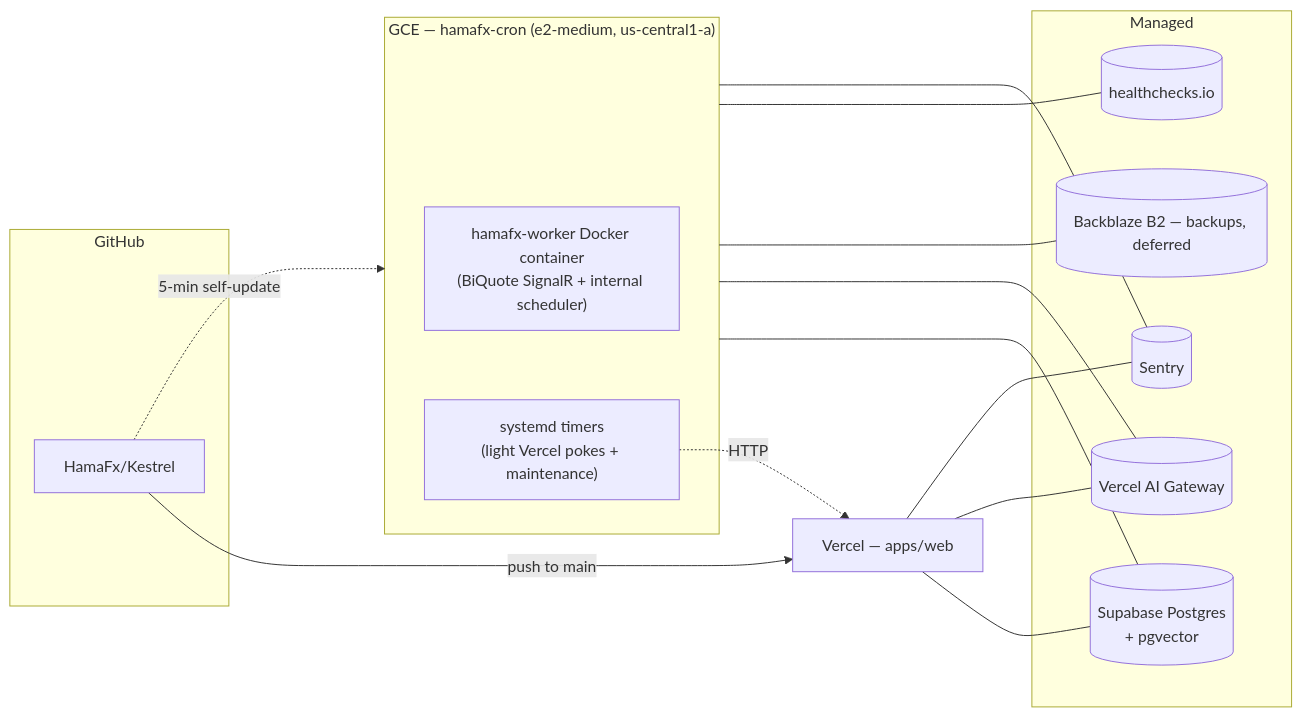
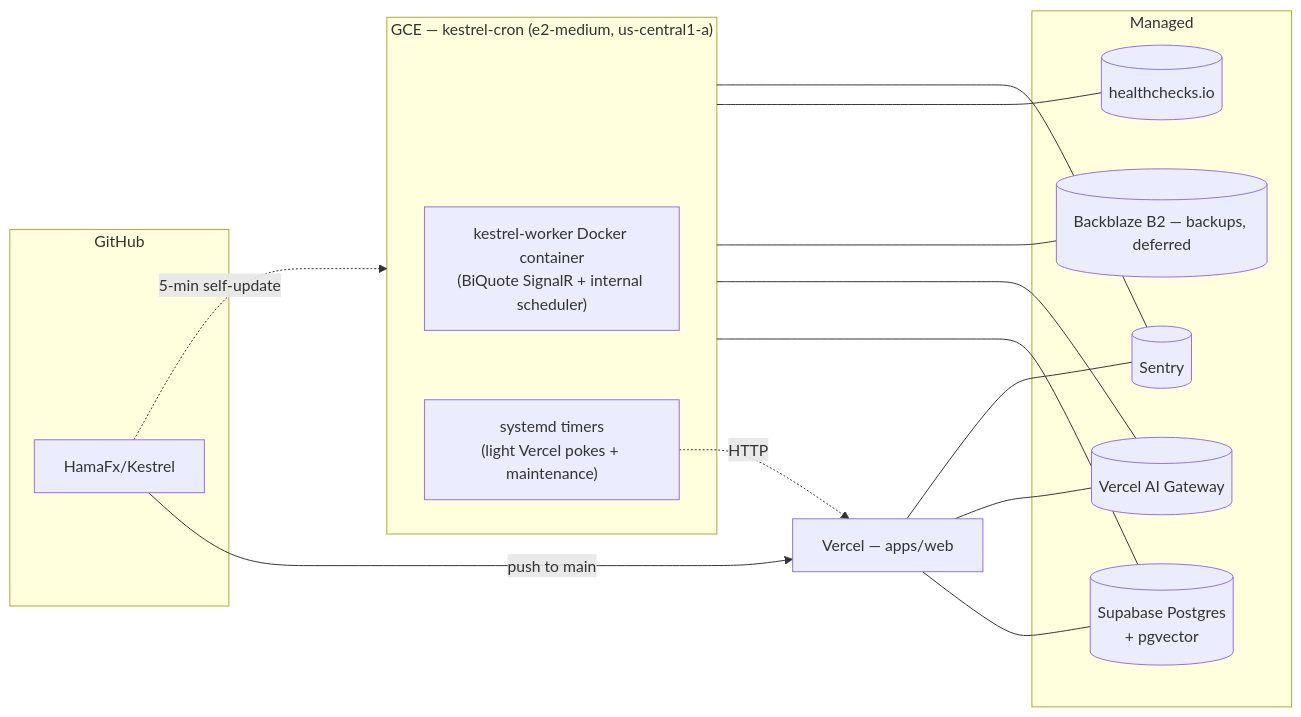
The diagram in docs/08-deployment.md (HamaFx/Kestrel), drawn with Mermaid before and after one commit. The commit also changed other lines of this file and 1710 other files, not shown here.

````diff
--- a/docs/08-deployment.md
+++ b/docs/08-deployment.md
@@ -13,32 +13,32 @@
 ```mermaid
 flowchart LR
     subgraph GH[GitHub]
         REPO[HamaFx/Kestrel]
     end
 
     REPO -->|push to main| VC[Vercel — apps/web]
     REPO -.5-min self-update.-> VM
 
-    subgraph VM["GCE — hamafx-cron (e2-medium, us-central1-a)"]
-        Worker["hamafx-worker Docker container<br/>(BiQuote SignalR + internal scheduler)"]
+    subgraph VM["GCE — kestrel-cron (e2-medium, us-central1-a)"]
+        Worker["kestrel-worker Docker container<br/>(BiQuote SignalR + internal scheduler)"]
         Timers["systemd timers<br/>(light Vercel pokes + maintenance)"]
     end
 
     subgraph Managed
         SB[(Supabase Postgres<br/>+ pgvector)]
         GW[(Vercel AI Gateway)]
         B2[(Backblaze B2 — backups, deferred)]
         HC[(healthchecks.io)]
         Sentry[(Sentry)]
     end
 
     VC --- SB
     VC --- GW
     VC --- Sentry
     VM --- SB
     VM --- GW
     VM --- B2
     VM --- HC
     VM --- Sentry
     Timers -.HTTP.-> VC
 ```
````
